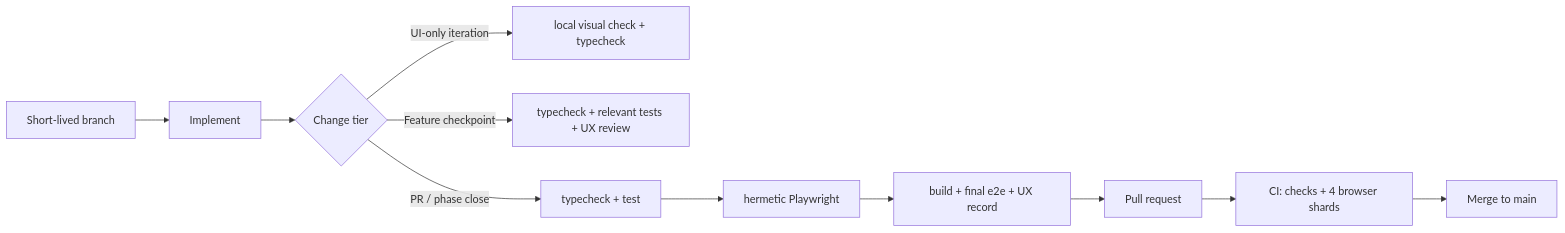
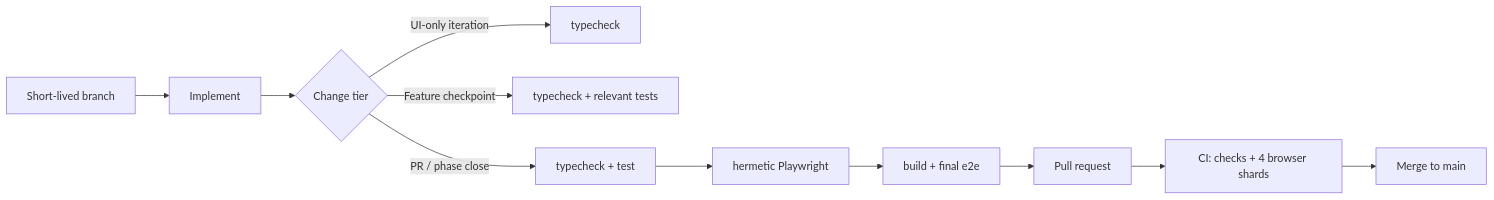
One commit to nhphuong2504/shuttle-scheduler changed the diagram in AGENTS.md. Above: the diagram before and after it, drawn with Mermaid. The commit also changed other lines of this file and 18 other files, not shown here.

````diff
--- a/AGENTS.md
+++ b/AGENTS.md
@@ -83,13 +71,13 @@
 ```mermaid
 flowchart LR
   branch["Short-lived branch"] --> dev[Implement]
   dev --> tier{"Change tier"}
-  tier -->|"UI-only iteration"| ui["local visual check + typecheck"]
-  tier -->|"Feature checkpoint"| cp["typecheck + relevant tests + UX review"]
+  tier -->|"UI-only iteration"| ui["typecheck"]
+  tier -->|"Feature checkpoint"| cp["typecheck + relevant tests"]
   tier -->|"PR / phase close"| gate1["typecheck + test"]
   gate1 --> gate2["hermetic Playwright"]
-  gate2 --> final["build + final e2e + UX record"]
+  gate2 --> final["build + final e2e"]
   final --> pr["Pull request"]
   pr --> ci["CI: checks + 4 browser shards"]
   ci --> merge["Merge to main"]
 ```
````
